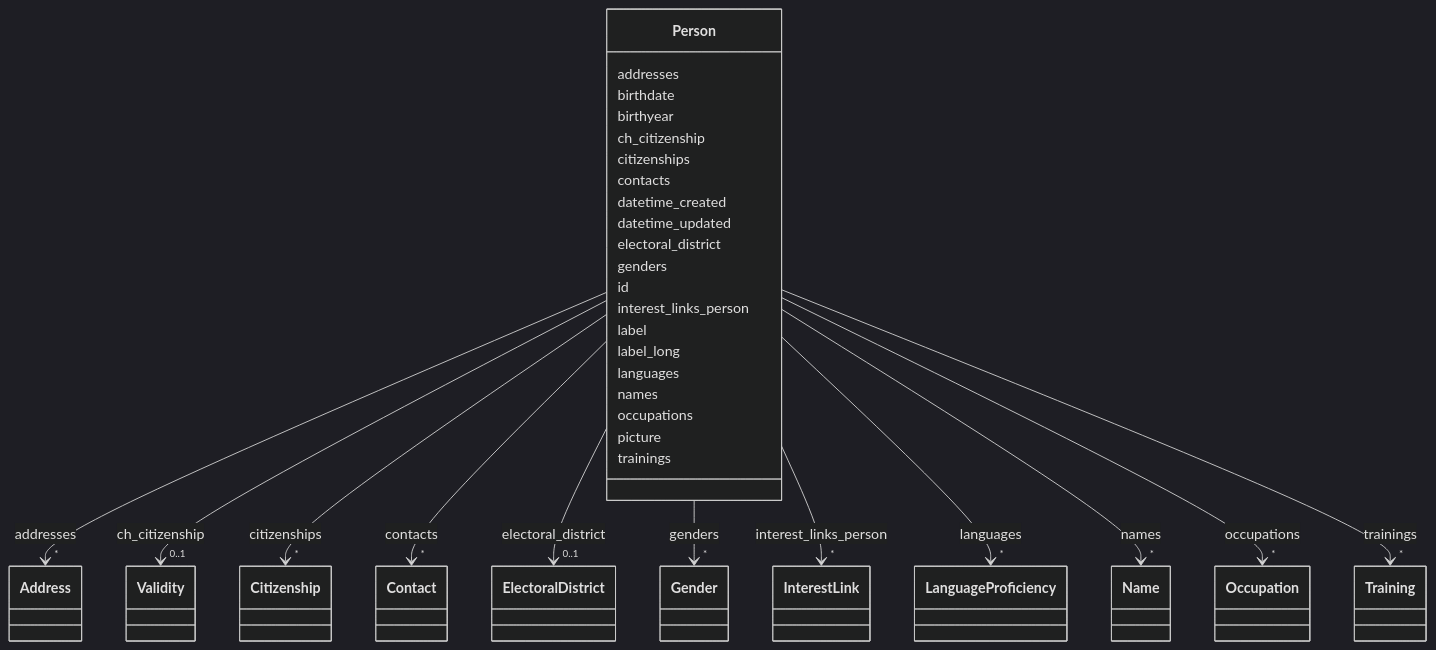
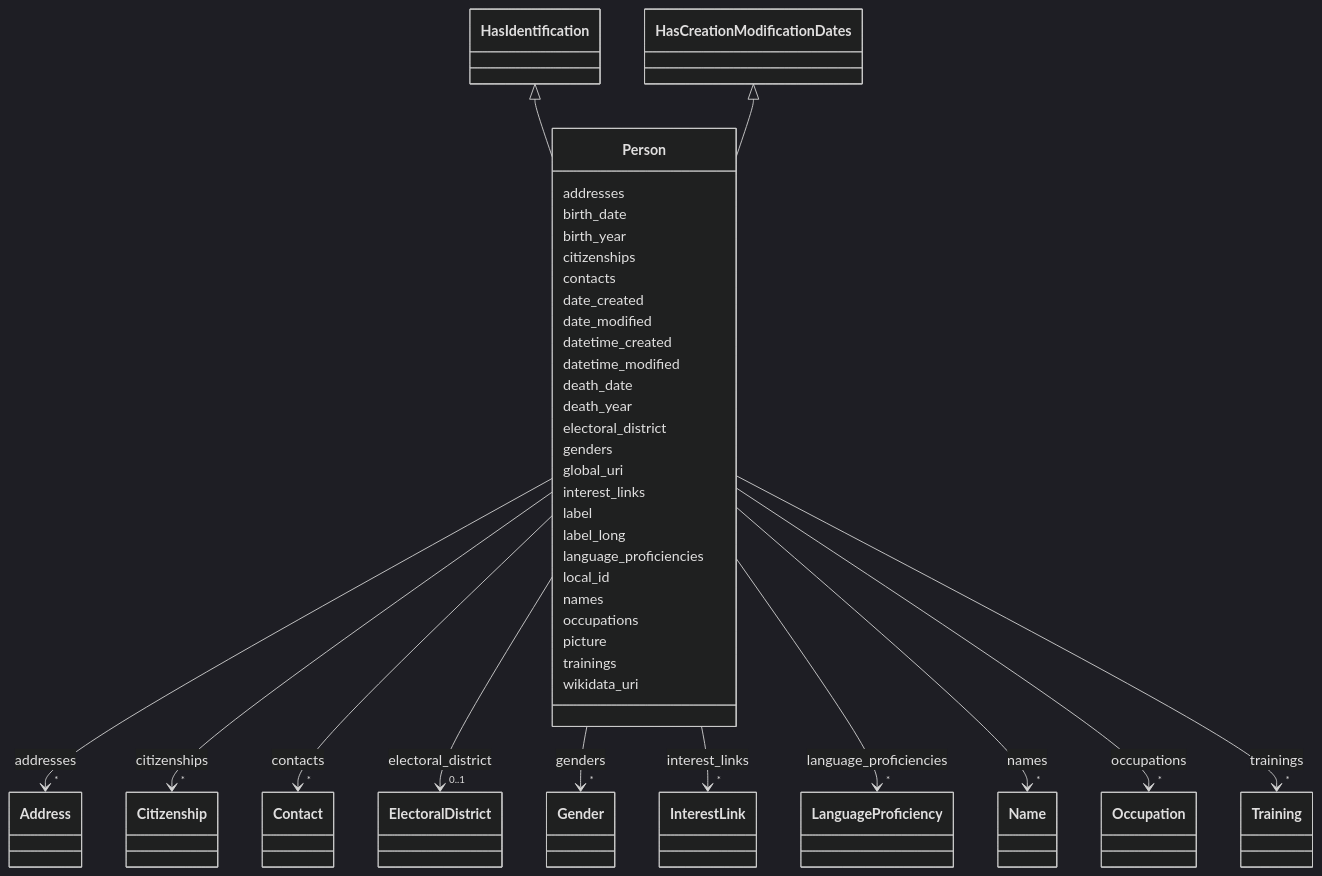
Before and after one commit to swiss/political-affairs-ech-group: the diagram in ech-0294_actors/output/docs/Person.md, drawn with Mermaid (dark theme). The commit also changed other lines of this file and 176 other files, not shown here.

````diff
--- a/ech-0294_actors/output/docs/Person.md
+++ b/ech-0294_actors/output/docs/Person.md
@@ -23,6 +23,11 @@
  classDiagram
     class Person
     click Person href "../Person/"
+      HasIdentification <|-- Person
+        click HasIdentification href "../HasIdentification/"
+      HasCreationModificationDates <|-- Person
+        click HasCreationModificationDates href "../HasCreationModificationDates/"
+      
       Person : addresses
         
           
@@ -34,20 +39,9 @@
     
 
         
-      Person : birthdate
+      Person : birth_date
         
-      Person : birthyear
-        
-      Person : ch_citizenship
-        
-          
-    
-        
-        
-        Person --> "0..1" Validity : ch_citizenship
-        click Validity href "../Validity/"
-    
-
+      Person : birth_year
         
       Person : citizenships
         
@@ -71,9 +65,17 @@
     
 
         
+      Person : date_created
+        
+      Person : date_modified
+        
       Person : datetime_created
         
-      Person : datetime_updated
+      Person : datetime_modified
+        
+      Person : death_date
+        
+      Person : death_year
         
       Person : electoral_district
         
@@ -97,15 +99,15 @@
     
 
         
-      Person : id
+      Person : global_uri
         
-      Person : interest_links_person
+      Person : interest_links
         
           
     
         
         
-        Person --> "*" InterestLink : interest_links_person
+        Person --> "*" InterestLink : interest_links
         click InterestLink href "../InterestLink/"
     
 
@@ -114,16 +116,18 @@
         
       Person : label_long
         
-      Person : languages
+      Person : language_proficiencies
         
           
     
         
         
-        Person --> "*" LanguageProficiency : languages
+        Person --> "*" LanguageProficiency : language_proficiencies
         click LanguageProficiency href "../LanguageProficiency/"
     
 
+        
+      Person : local_id
         
       Person : names
         
@@ -160,5 +164,7 @@
     
 
         
+      Person : wikidata_uri
+        
       
 ```
````
